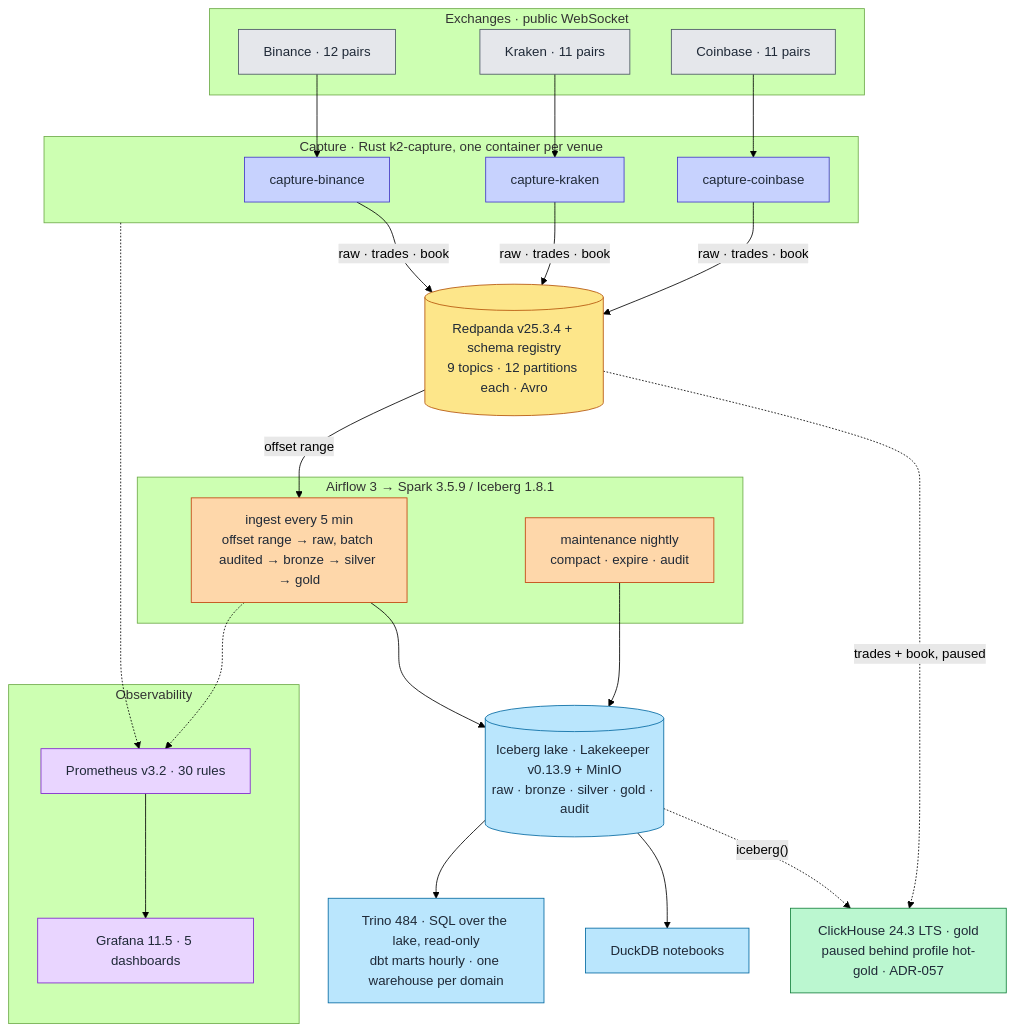
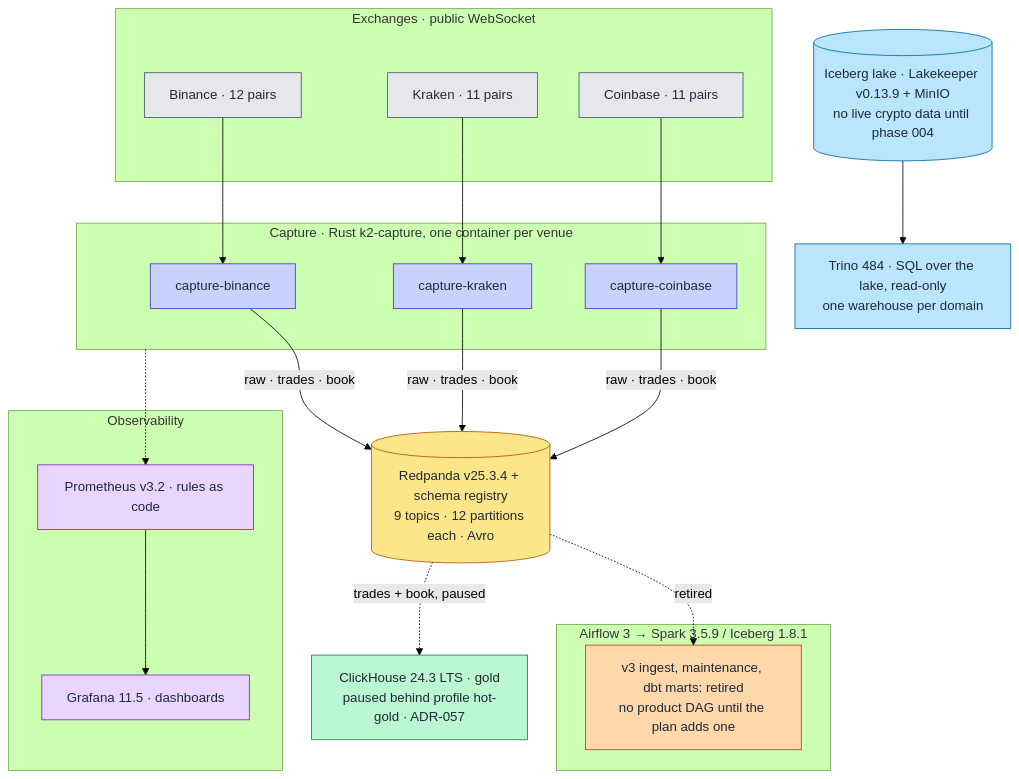
The diagram in docs/architecture/04-system-overview.md (rjdscott/k2-market-data-platform), drawn with Mermaid (forest theme) before and after one commit. The commit also changed other lines of this file and 24 other files, not shown here.

First line of the commit message:
docs(architecture): the book after the v3 lake ingest retires (W6)

````diff
--- a/docs/architecture/04-system-overview.md
+++ b/docs/architecture/04-system-overview.md
@@ -31,53 +39,48 @@
 ```mermaid
 flowchart TB
     subgraph EX["Exchanges · public WebSocket"]
         BIN["Binance · 12 pairs"]
         KRK["Kraken · 11 pairs"]
         CBS["Coinbase · 11 pairs"]
     end
     subgraph CAP["Capture · Rust k2-capture, one container per venue"]
         FHB["capture-binance"]
         FHK["capture-kraken"]
         FHC["capture-coinbase"]
     end
     RP[("Redpanda v25.3.4 + schema registry<br/>9 topics · 12 partitions each · Avro")]
     subgraph BATCH["Airflow 3 → Spark 3.5.9 / Iceberg 1.8.1"]
-        ING["ingest every 5 min<br/>offset range → raw, batch audited → bronze → silver → gold"]
-        MNT["maintenance nightly<br/>compact · expire · audit"]
+        ING["v3 ingest, maintenance, dbt marts: retired<br/>no product DAG until the plan adds one"]
     end
-    ICE[("Iceberg lake · Lakekeeper v0.13.9 + MinIO<br/>raw · bronze · silver · gold · audit")]
+    ICE[("Iceberg lake · Lakekeeper v0.13.9 + MinIO<br/>no live crypto data until phase 004")]
     CH["ClickHouse 24.3 LTS · gold<br/>paused behind profile hot-gold · ADR-057"]
-    NB["DuckDB notebooks"]
-    TR["Trino 484 · SQL over the lake, read-only<br/>dbt marts hourly · one warehouse per domain"]
+    TR["Trino 484 · SQL over the lake, read-only<br/>one warehouse per domain"]
     subgraph OBS["Observability"]
-        PR["Prometheus v3.2 · 30 rules"]
-        GR["Grafana 11.5 · 5 dashboards"]
+        PR["Prometheus v3.2 · rules as code"]
+        GR["Grafana 11.5 · dashboards"]
     end
 
     BIN --> FHB
     KRK --> FHK
     CBS --> FHC
     FHB & FHK & FHC -->|"raw · trades · book"| RP
     RP -.->|"trades + book, paused"| CH
-    RP -->|"offset range"| ING --> ICE
-    MNT --> ICE
-    ICE -.->|"iceberg()"| CH
-    ICE --> NB
+    RP -.->|"retired"| ING
     ICE --> TR
-    CAP & ING -.-> PR --> GR
+    CAP -.-> PR --> GR
 
     classDef ex fill:#e5e7eb,stroke:#4b5563,color:#1f2937
     classDef rs fill:#c7d2fe,stroke:#4338ca,color:#1f2937
     classDef rp fill:#fde68a,stroke:#b45309,color:#1f2937
     classDef ch fill:#bbf7d0,stroke:#15803d,color:#1f2937
     classDef sp fill:#fed7aa,stroke:#c2410c,color:#1f2937
     classDef lk fill:#bae6fd,stroke:#0369a1,color:#1f2937
     classDef ob fill:#e9d5ff,stroke:#7e22ce,color:#1f2937
     class BIN,KRK,CBS ex
     class FHB,FHK,FHC rs
     class RP rp
     class CH ch
-    class ING,MNT sp
-    class ICE,NB,TR lk
+    class ING sp
+    class ICE,TR lk
     class PR,GR ob
 ```
````
